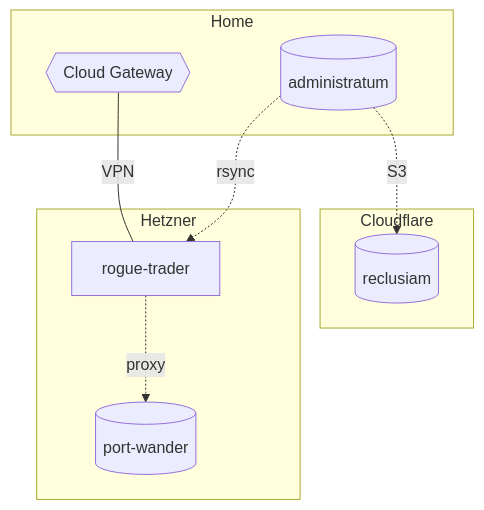
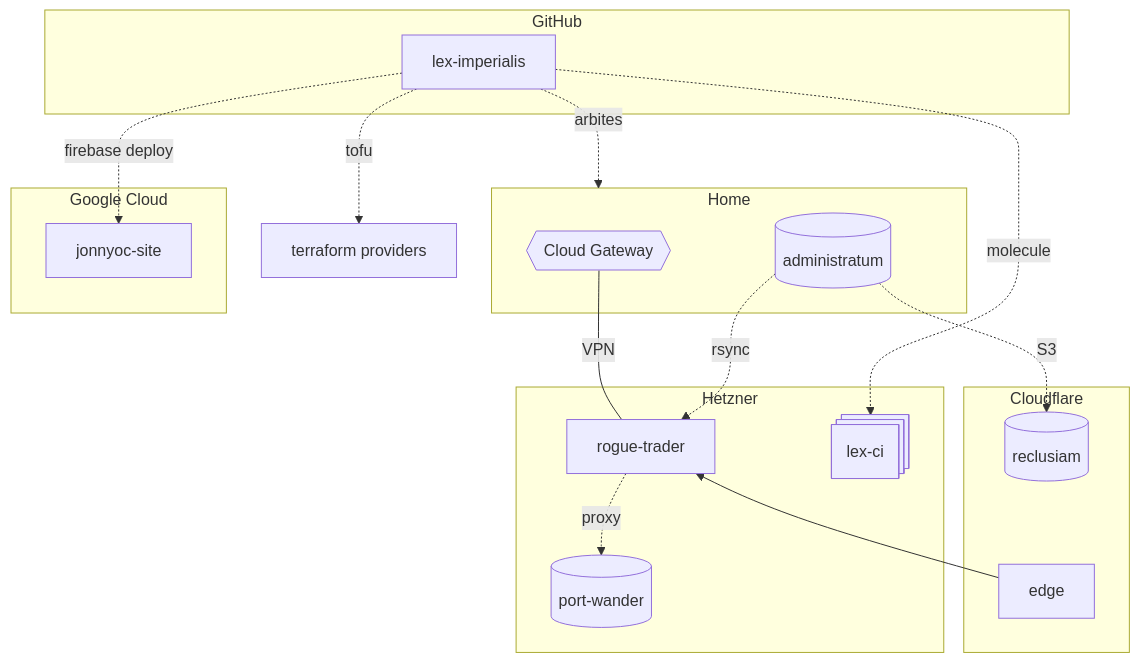
The second of 2 diagrams in README.md (jedimasterjonny/lex-imperialis), drawn with Mermaid before and after one commit.

Commit message:
docs: map the off-site control plane in the Segmentum Obscurus diagram
Add GitHub, the terraform providers, Google Cloud's jonnyoc-site, Hetzner's
lex-ci VMs and the Cloudflare edge, with the flows between them: arbites
pulling main into Home, molecule to lex-ci, firebase deploy to the site,
tofu to the providers, and the edge fronting rogue-trader. Cloudflare is
declared before Hetzner to keep it on the right, and two invisible links
pin it level.

````diff
--- a/README.md
+++ b/README.md
@@ -80,22 +80,43 @@
 ```mermaid
 flowchart TD
+  subgraph GitHub
+    gh[lex-imperialis]
+  end
+
   subgraph Home
     gw{{Cloud Gateway}}
     nas[(administratum)]
   end
 
+  subgraph Cloudflare
+    reclusiam[(reclusiam)]
+    edge[edge]
+  end
+
   subgraph Hetzner
     rogue[rogue-trader]
     pw[(port-wander)]
+    ci@{ shape: procs, label: "lex-ci" }
   end
 
-  subgraph Cloudflare
-    reclusiam[(reclusiam)]
+  subgraph Google Cloud
+    site[jonnyoc-site]
   end
 
+  tf[terraform providers]
+
   gw ---|VPN| rogue
+  edge --> rogue
+  %% invisible links only pin the layout: Cloudflare level with Hetzner
+  rogue ~~~ edge
+  reclusiam ~~~ edge
 
   nas -.->|rsync| rogue
   nas -.->|S3| reclusiam
   rogue -.->|proxy| pw
+
+  gh -.->|arbites| Home
+  gh -.->|molecule| ci
+  gh -.->|firebase deploy| site
+  gh -.->|tofu| tf
 ```
````
